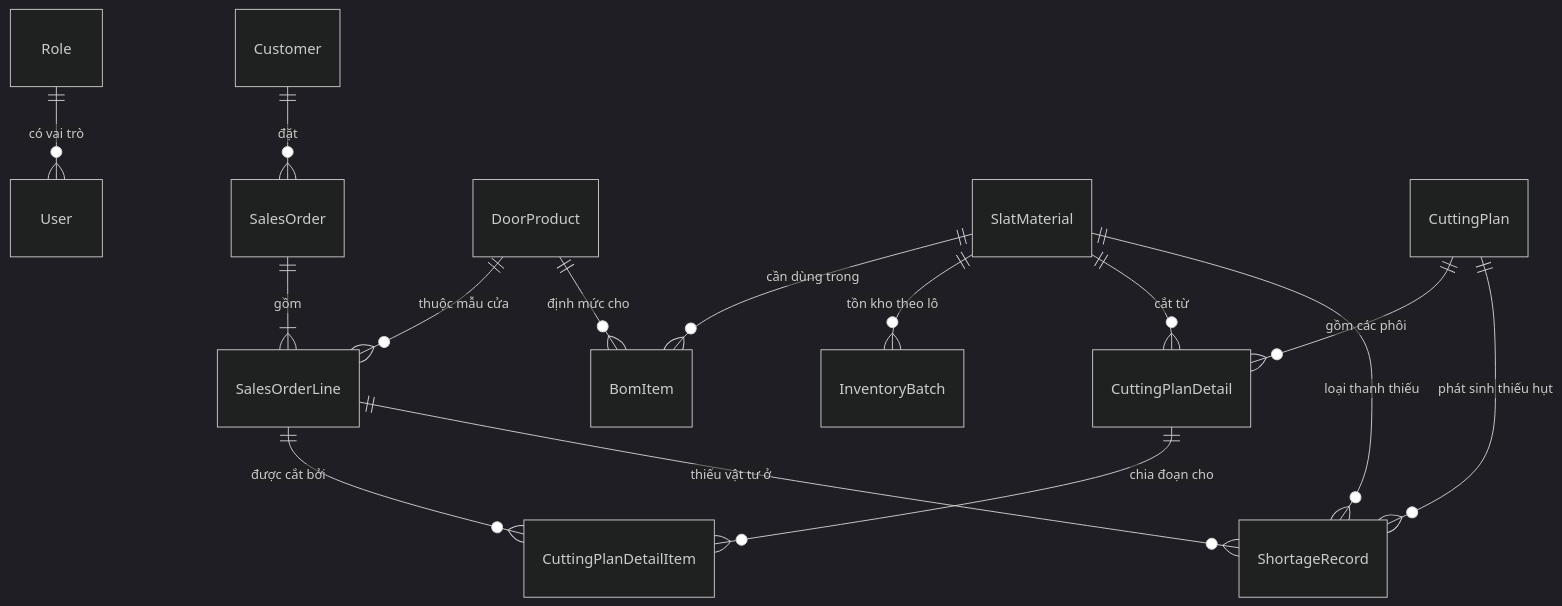
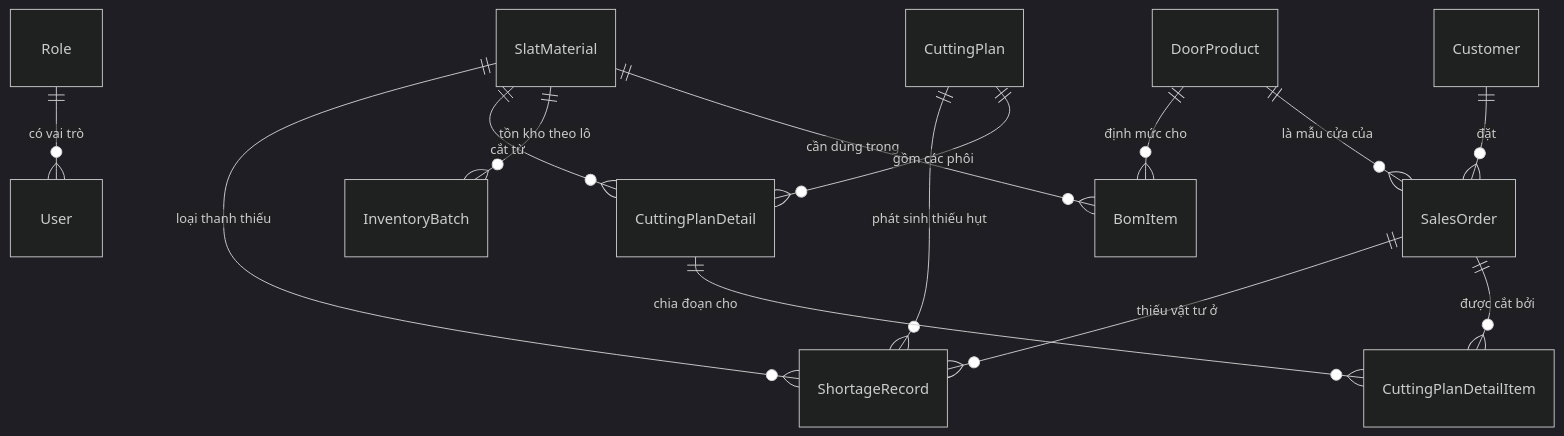
The first of 2 diagrams in docs/domain-model.md (huydeptraii123/GraduationThesis), drawn with Mermaid (dark theme) before and after one commit. The commit also changed other lines of this file and 3 other files, not shown here.

````diff
--- a/docs/domain-model.md
+++ b/docs/domain-model.md
@@ -25,17 +26,16 @@
 ```mermaid
 erDiagram
     Role ||--o{ User : "có vai trò"
     Customer ||--o{ SalesOrder : "đặt"
-    SalesOrder ||--|{ SalesOrderLine : "gồm"
-    DoorProduct ||--o{ SalesOrderLine : "thuộc mẫu cửa"
+    DoorProduct ||--o{ SalesOrder : "là mẫu cửa của"
     DoorProduct ||--o{ BomItem : "định mức cho"
     SlatMaterial ||--o{ BomItem : "cần dùng trong"
     SlatMaterial ||--o{ InventoryBatch : "tồn kho theo lô"
     SlatMaterial ||--o{ CuttingPlanDetail : "cắt từ"
     CuttingPlan ||--o{ CuttingPlanDetail : "gồm các phôi"
     CuttingPlan ||--o{ ShortageRecord : "phát sinh thiếu hụt"
     CuttingPlanDetail ||--o{ CuttingPlanDetailItem : "chia đoạn cho"
-    SalesOrderLine ||--o{ CuttingPlanDetailItem : "được cắt bởi"
-    SalesOrderLine ||--o{ ShortageRecord : "thiếu vật tư ở"
+    SalesOrder ||--o{ CuttingPlanDetailItem : "được cắt bởi"
+    SalesOrder ||--o{ ShortageRecord : "thiếu vật tư ở"
     SlatMaterial ||--o{ ShortageRecord : "loại thanh thiếu"
 ```
````
